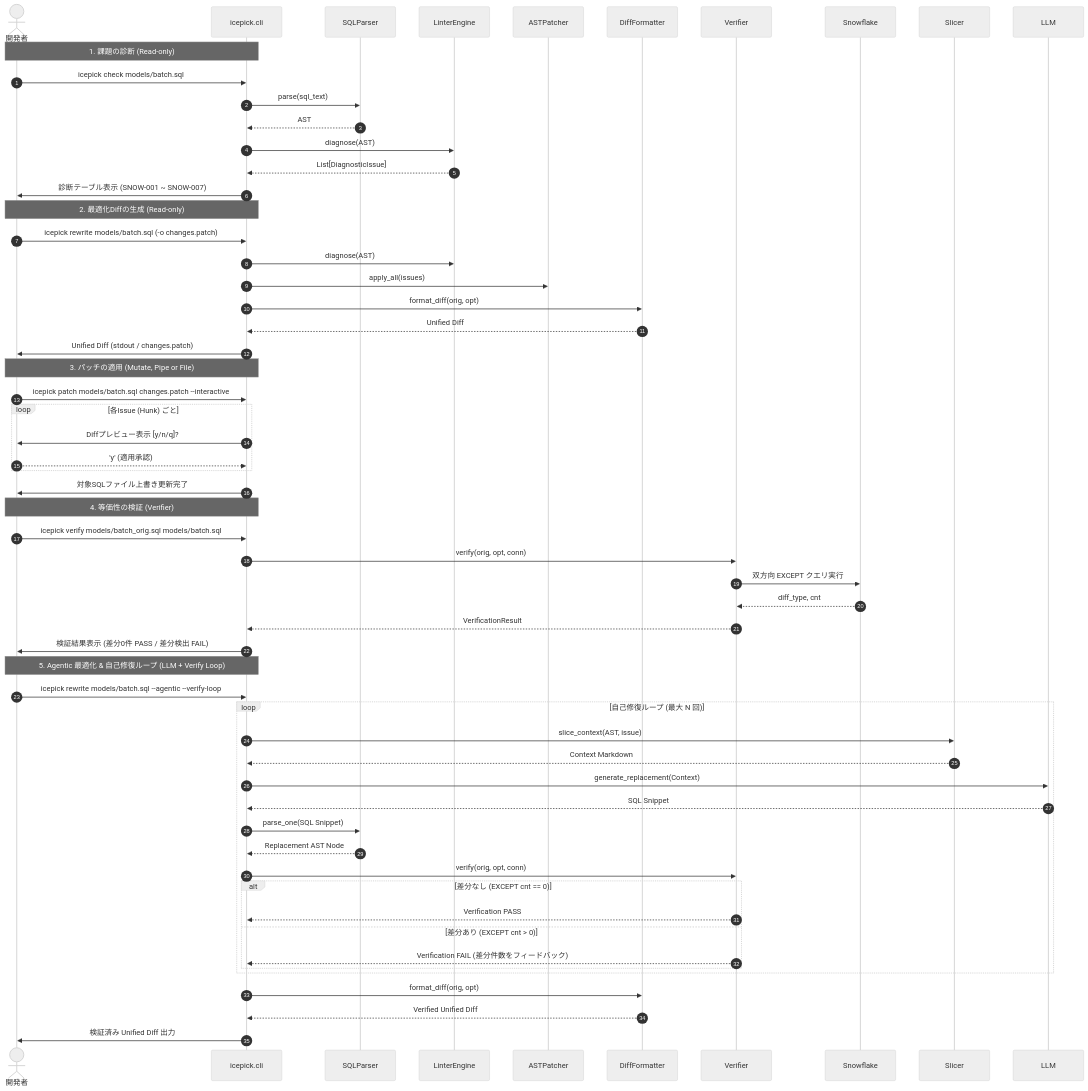
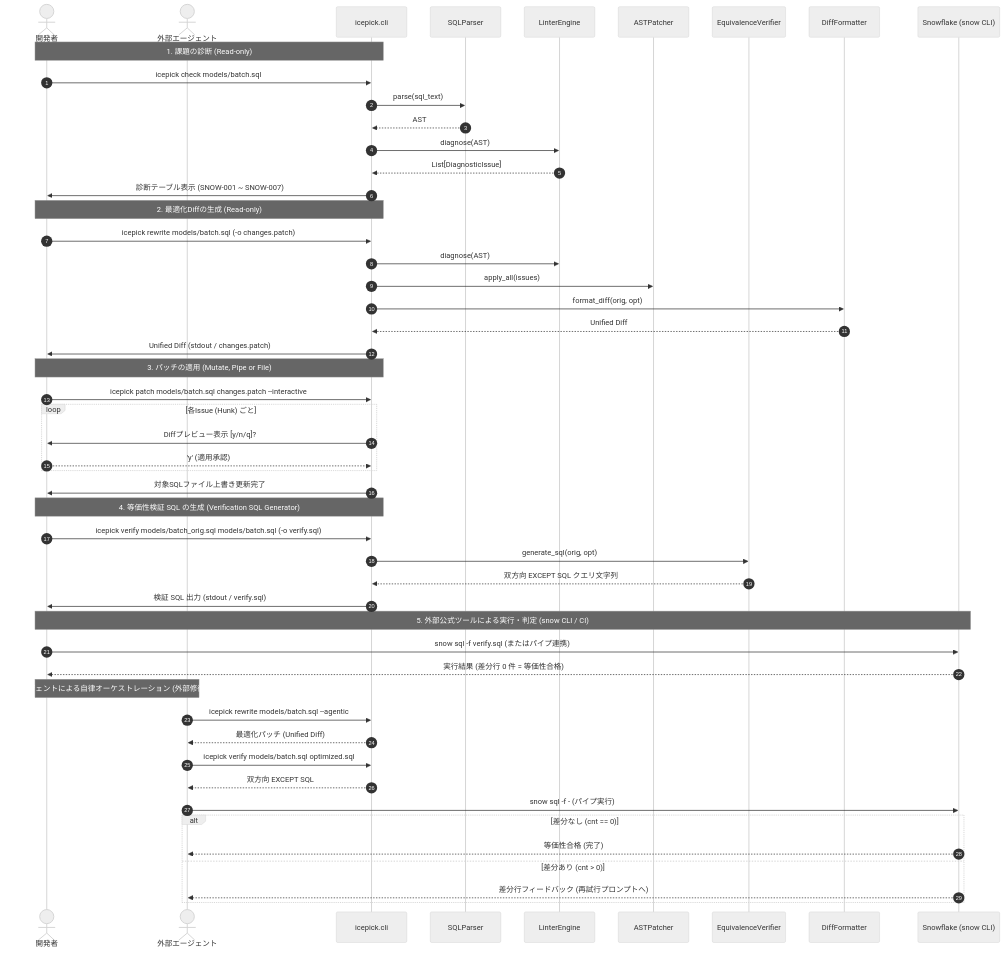
Before and after one commit to snaga/icepick: the third of 3 diagrams in doc/design.md, drawn with Mermaid (neutral theme). The commit also changed other lines of this file and 3 other files, not shown here.

First line of the commit message:
docs(specs): specify decoupling snowflake execution and pure verify sql generator (adr-0004, phase 18)

````diff
--- a/doc/design.md
+++ b/doc/design.md
@@ -424,62 +428,58 @@
 ```mermaid
 sequenceDiagram
     autonumber
     actor Dev as 開発者
+    actor Agent as 外部エージェント
     participant CLI as icepick.cli
     participant Parser as SQLParser
     participant Linter as LinterEngine
     participant Patcher as ASTPatcher
+    participant Verifier as EquivalenceVerifier
     participant Diff as DiffFormatter
+    participant Snowflake as Snowflake (snow CLI)
 
     Note over Dev,CLI: 1. 課題の診断 (Read-only)
     Dev->>CLI: icepick check models/batch.sql
     CLI->>Parser: parse(sql_text)
     Parser-->>CLI: AST
     CLI->>Linter: diagnose(AST)
     Linter-->>CLI: List[DiagnosticIssue]
     CLI->>Dev: 診断テーブル表示 (SNOW-001 ~ SNOW-007)
 
     Note over Dev,CLI: 2. 最適化Diffの生成 (Read-only)
     Dev->>CLI: icepick rewrite models/batch.sql (-o changes.patch)
     CLI->>Linter: diagnose(AST)
     CLI->>Patcher: apply_all(issues)
     CLI->>Diff: format_diff(orig, opt)
     Diff-->>CLI: Unified Diff
     CLI->>Dev: Unified Diff (stdout / changes.patch)
 
     Note over Dev,CLI: 3. パッチの適用 (Mutate, Pipe or File)
     Dev->>CLI: icepick patch models/batch.sql changes.patch --interactive
     loop 各Issue (Hunk) ごと
         CLI->>Dev: Diffプレビュー表示 [y/n/q]?
         Dev-->>CLI: 'y' (適用承認)
     end
     CLI->>Dev: 対象SQLファイル上書き更新完了
 
-    Note over Dev,CLI: 4. 等価性の検証 (Verifier)
-    Dev->>CLI: icepick verify models/batch_orig.sql models/batch.sql
-    CLI->>Verifier: verify(orig, opt, conn)
-    Verifier->>Snowflake: 双方向 EXCEPT クエリ実行
-    Snowflake-->>Verifier: diff_type, cnt
-    Verifier-->>CLI: VerificationResult
-    CLI->>Dev: 検証結果表示 (差分0件 PASS / 差分検出 FAIL)
+    Note over Dev,CLI: 4. 等価性検証 SQL の生成 (Verification SQL Generator)
+    Dev->>CLI: icepick verify models/batch_orig.sql models/batch.sql (-o verify.sql)
+    CLI->>Verifier: generate_sql(orig, opt)
+    Verifier-->>CLI: 双方向 EXCEPT SQL クエリ文字列
+    CLI->>Dev: 検証 SQL 出力 (stdout / verify.sql)
+    Note over Dev,Snowflake: 5. 外部公式ツールによる実行・判定 (snow CLI / CI)
+    Dev->>Snowflake: snow sql -f verify.sql (またはパイプ連携)
+    Snowflake-->>Dev: 実行結果 (差分行 0 件 = 等価性合格)
 
-    Note over Dev,CLI: 5. Agentic 最適化 & 自己修復ループ (LLM + Verify Loop)
-    Dev->>CLI: icepick rewrite models/batch.sql --agentic --verify-loop
-    loop 自己修復ループ (最大 N 回)
-        CLI->>Slicer: slice_context(AST, issue)
-        Slicer-->>CLI: Context Markdown
-        CLI->>LLM: generate_replacement(Context)
-        LLM-->>CLI: SQL Snippet
-        CLI->>Parser: parse_one(SQL Snippet)
-        Parser-->>CLI: Replacement AST Node
-        CLI->>Verifier: verify(orig, opt, conn)
-        alt 差分なし (EXCEPT cnt == 0)
-            Verifier-->>CLI: Verification PASS
-        else 差分あり (EXCEPT cnt > 0)
-            Verifier-->>CLI: Verification FAIL (差分件数をフィードバック)
-        end
+    Note over Dev,Agent: 6. エージェントによる自律オーケストレーション (外部修復ループ)
+    Agent->>CLI: icepick rewrite models/batch.sql --agentic
+    CLI-->>Agent: 最適化パッチ (Unified Diff)
+    Agent->>CLI: icepick verify models/batch.sql optimized.sql
+    CLI-->>Agent: 双方向 EXCEPT SQL
+    Agent->>Snowflake: snow sql -f - (パイプ実行)
+    alt 差分なし (cnt == 0)
+        Snowflake-->>Agent: 等価性合格 (完了)
+    else 差分あり (cnt > 0)
+        Snowflake-->>Agent: 差分行フィードバック (再試行プロンプトへ)
     end
-    CLI->>Diff: format_diff(orig, opt)
-    Diff-->>CLI: Verified Unified Diff
-    CLI->>Dev: 検証済み Unified Diff 出力
 ```
````
